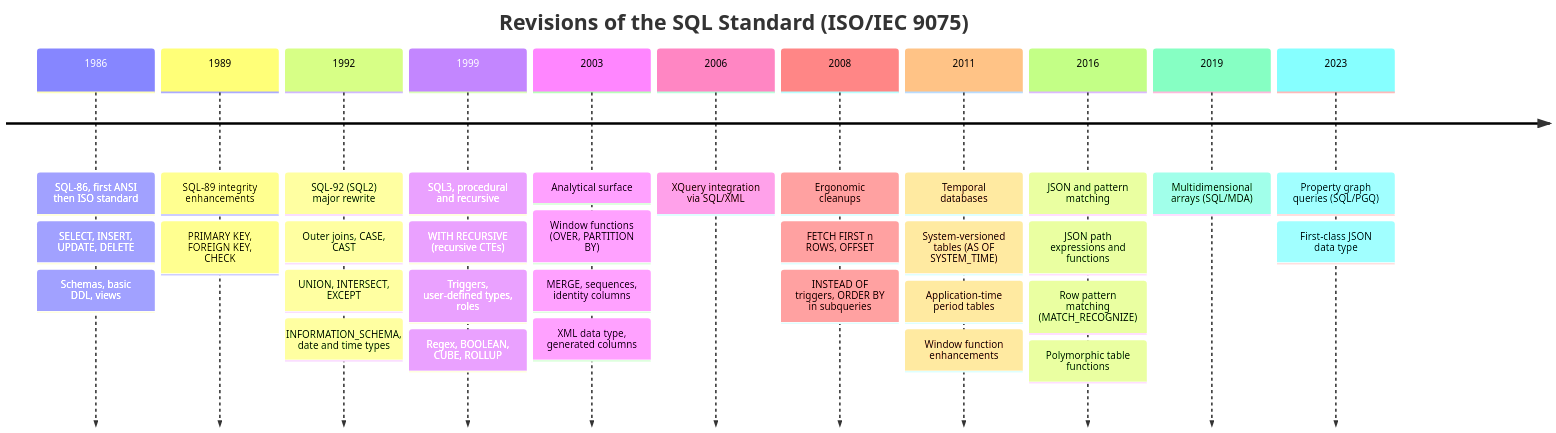
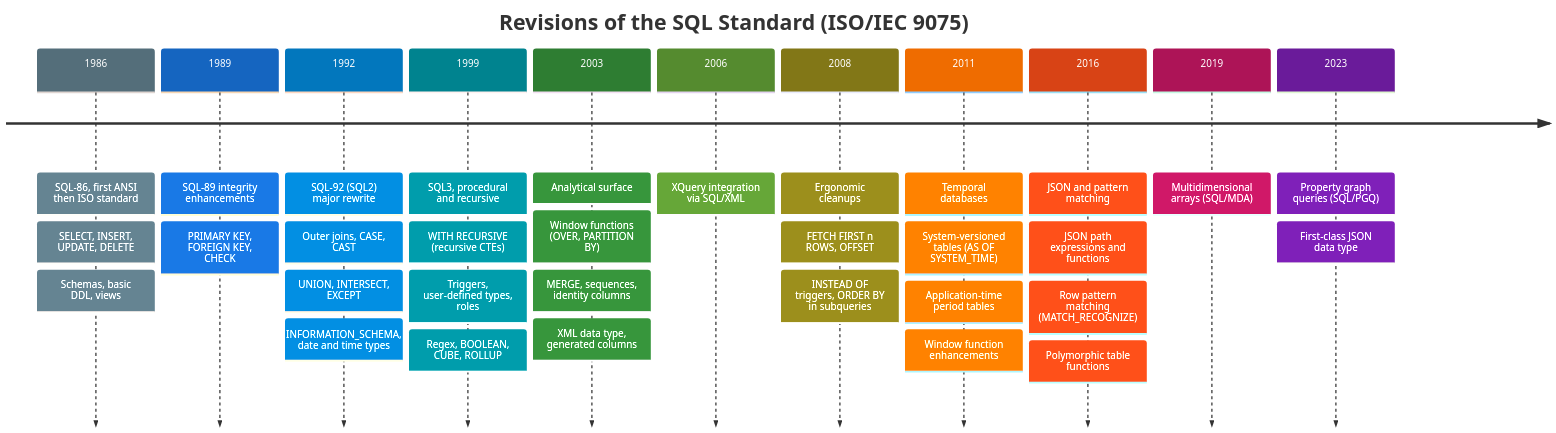
One commit to ufdatastudio/cop5725fa26 changed the eighth of 20 diagrams in lecture-outlines/day2-database-history/slides.md. Above: the diagram before and after it, drawn with Mermaid. The commit also changed other lines of this file and 1 other file, not shown here.

Commit message:
docs: fix portrait cropping, color day 2 timelines, and add Oracle CIA origin

````diff
--- a/lecture-outlines/day2-database-history/slides.md
+++ b/lecture-outlines/day2-database-history/slides.md
@@ -533,36 +528,49 @@
 ```mermaid
+%%{init: {'theme':'base', 'themeVariables': {
+  'cScale0':'#546e7a', 'cScaleLabel0':'#ffffff',
+  'cScale1':'#1565c0', 'cScaleLabel1':'#ffffff',
+  'cScale2':'#0277bd', 'cScaleLabel2':'#ffffff',
+  'cScale3':'#00838f', 'cScaleLabel3':'#ffffff',
+  'cScale4':'#2e7d32', 'cScaleLabel4':'#ffffff',
+  'cScale5':'#558b2f', 'cScaleLabel5':'#ffffff',
+  'cScale6':'#827717', 'cScaleLabel6':'#ffffff',
+  'cScale7':'#ef6c00', 'cScaleLabel7':'#ffffff',
+  'cScale8':'#d84315', 'cScaleLabel8':'#ffffff',
+  'cScale9':'#ad1457', 'cScaleLabel9':'#ffffff',
+  'cScale10':'#6a1b9a', 'cScaleLabel10':'#ffffff'
+}}}%%
 timeline
   title Revisions of the SQL Standard (ISO/IEC 9075)
   1986 : SQL-86, first ANSI then ISO standard
        : SELECT, INSERT, UPDATE, DELETE
        : Schemas, basic DDL, views
   1989 : SQL-89 integrity enhancements
        : PRIMARY KEY, FOREIGN KEY, CHECK
   1992 : SQL-92 (SQL2) major rewrite
        : Outer joins, CASE, CAST
        : UNION, INTERSECT, EXCEPT
        : INFORMATION_SCHEMA, date and time types
   1999 : SQL3, procedural and recursive
        : WITH RECURSIVE (recursive CTEs)
        : Triggers, user-defined types, roles
        : Regex, BOOLEAN, CUBE, ROLLUP
   2003 : Analytical surface
        : Window functions (OVER, PARTITION BY)
        : MERGE, sequences, identity columns
        : XML data type, generated columns
   2006 : XQuery integration via SQL/XML
   2008 : Ergonomic cleanups
        : FETCH FIRST n ROWS, OFFSET
        : INSTEAD OF triggers, ORDER BY in subqueries
   2011 : Temporal databases
        : System-versioned tables (AS OF SYSTEM_TIME)
        : Application-time period tables
        : Window function enhancements
   2016 : JSON and pattern matching
        : JSON path expressions and functions
        : Row pattern matching (MATCH_RECOGNIZE)
        : Polymorphic table functions
   2019 : Multidimensional arrays (SQL/MDA)
   2023 : Property graph queries (SQL/PGQ)
        : First-class JSON data type
 ```
````
